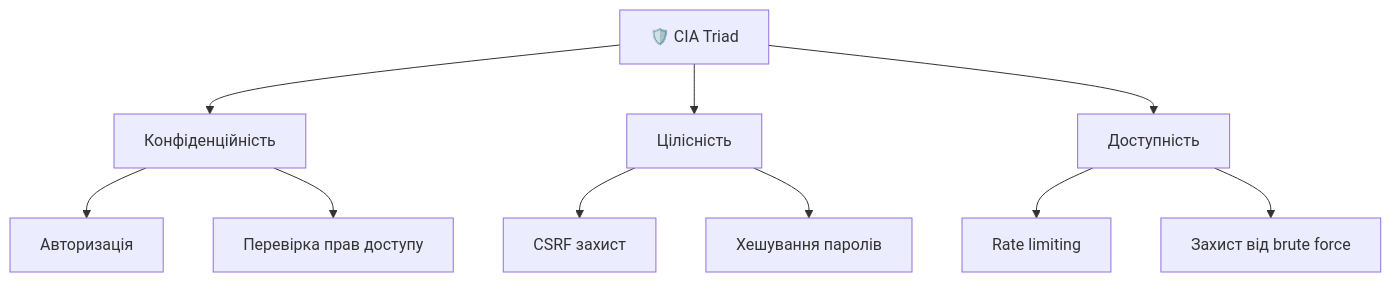
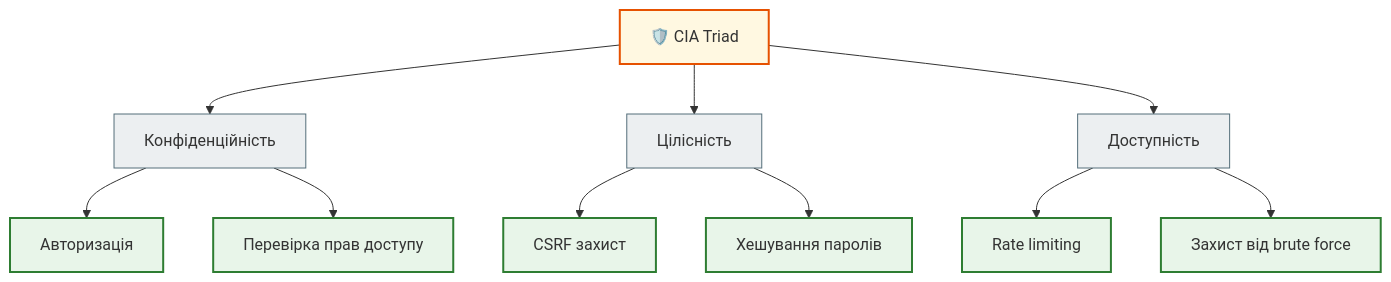
Before and after one commit to NikoriakViktot/notes_chat_app: the first of 11 diagrams in docs/07_auth_and_security/security_foundations_full.md, drawn with Mermaid. The commit also changed other lines of this file and 441 other files, not shown here.

First line of the commit message:
Add English version of the book, Mermaid standard, docs fixes

````diff
--- a/docs/07_auth_and_security/security_foundations_full.md
+++ b/docs/07_auth_and_security/security_foundations_full.md
@@ -24,18 +24,25 @@
 ```mermaid
 flowchart TB
 
     CIA["🛡️ CIA Triad"]
 
     CIA --> C["Конфіденційність"]
     CIA --> I["Цілісність"]
     CIA --> A["Доступність"]
 
     C --> C1["Авторизація"]
     C --> C2["Перевірка прав доступу"]
 
     I --> I1["CSRF захист"]
     I --> I2["Хешування паролів"]
 
     A --> A1["Rate limiting"]
     A --> A2["Захист від brute force"]
+
+    classDef step     fill:#eceff1,stroke:#546e7a,stroke-width:1px;
+    classDef success  fill:#e8f5e9,stroke:#2e7d32,stroke-width:2px;
+    classDef warning  fill:#fff8e1,stroke:#e65100,stroke-width:2px;
+    class CIA warning;
+    class C,I,A step;
+    class C1,C2,I1,I2,A1,A2 success;
 ```
````
